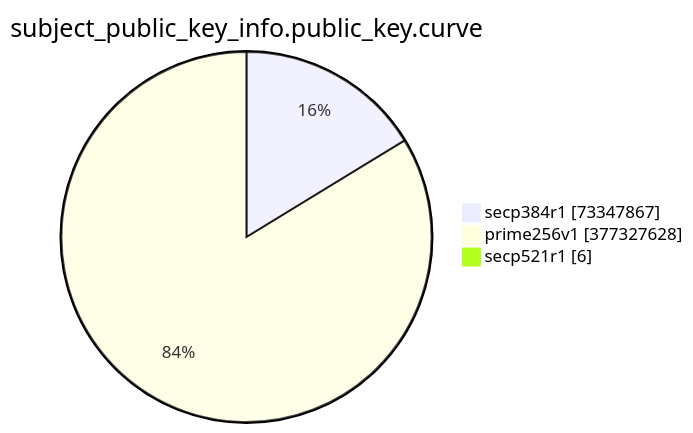
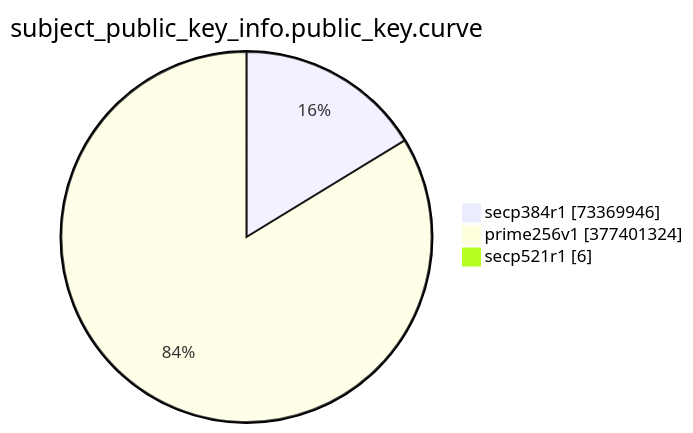
One commit to christiankrug/ctmonitor_visualization changed the eighth of 15 diagrams in TOTAL/README.md. Above: the diagram before and after it, drawn with Mermaid. The commit also changed other lines of this file, not shown here.

````diff
--- a/TOTAL/README.md
+++ b/TOTAL/README.md
@@ -3094,7 +3094,7 @@
 ```mermaid
 pie showData
 title subject_public_key_info.public_key.curve
-"secp384r1" :73347867
-"prime256v1" :377327628
+"secp384r1" :73369946
+"prime256v1" :377401324
 "secp521r1" :6
 ```
````
